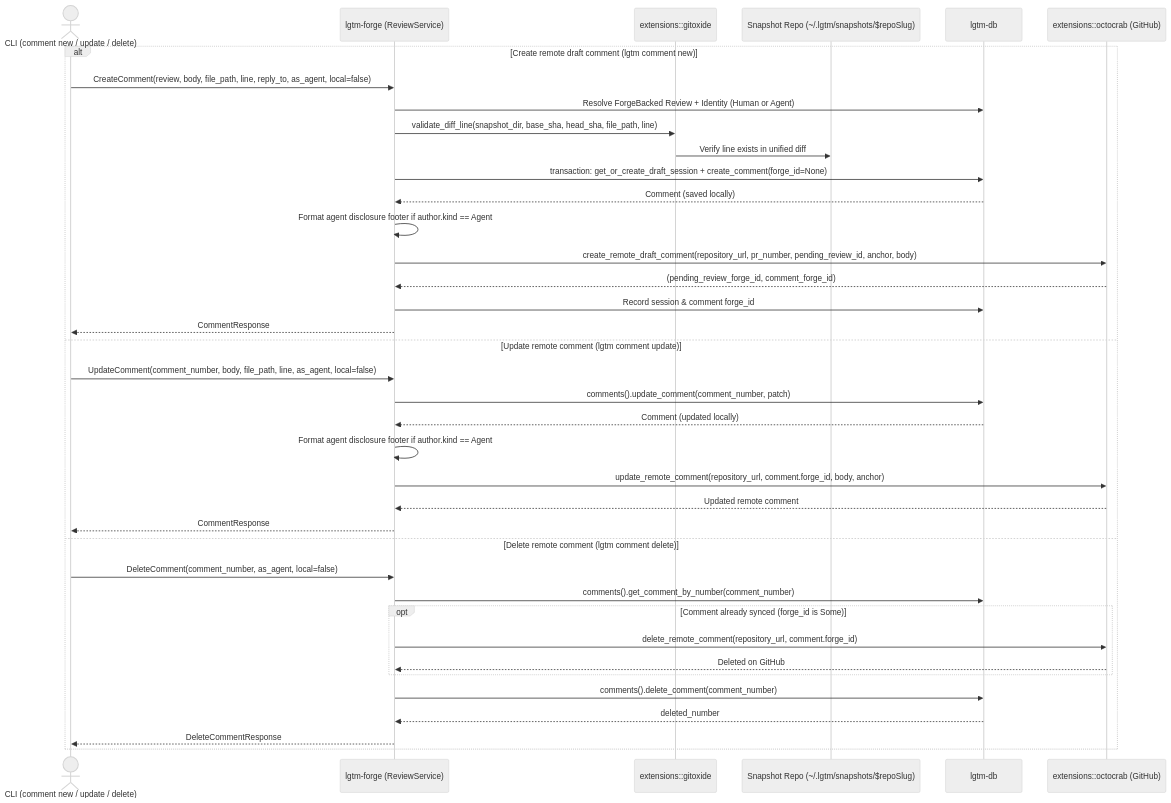
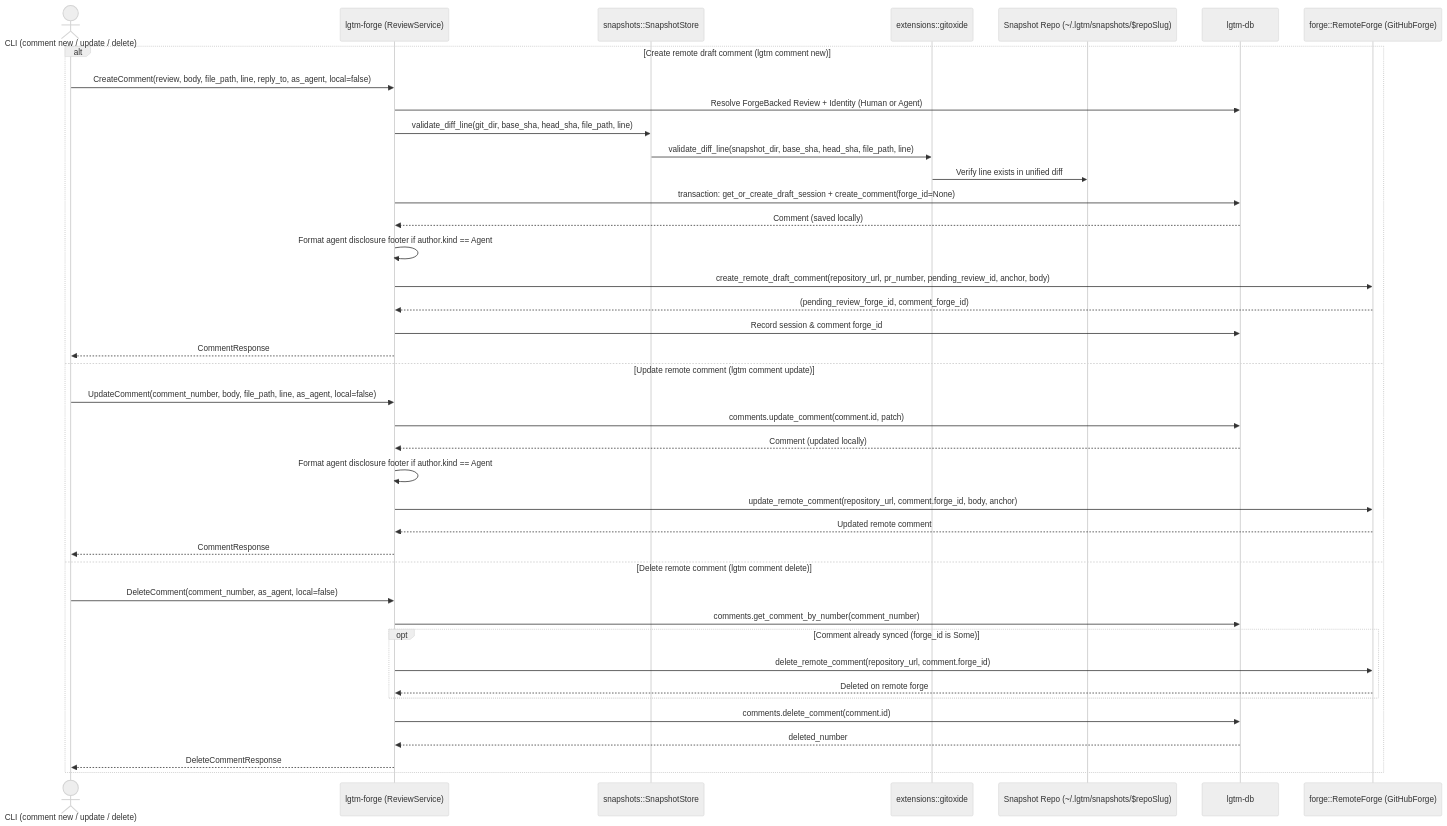
Before and after one commit to difflab-io/lgtm: the ninth of 11 diagrams in docs/architecture/forge/index.md, drawn with Mermaid (neutral theme). The commit also changed other lines of this file and 20 other files, not shown here.

Commit message:
chore: rename backend doc and e2e dirs to forge and add git util TODOs

````diff
--- a/docs/architecture/forge/index.md
+++ b/docs/architecture/forge/index.md
@@ -460,41 +481,43 @@
 ```mermaid
 sequenceDiagram
     actor Caller as CLI (comment new / update / delete)
-    participant Forge as lgtm-forge (ReviewService)
+    participant Service as lgtm-forge (ReviewService)
+    participant SnapStore as snapshots::SnapshotStore
     participant Gix as extensions::gitoxide
     participant Snapshot as Snapshot Repo (~/.lgtm/snapshots/$repoSlug)
     participant DB as lgtm-db
-    participant Octo as extensions::octocrab (GitHub)
+    participant Remote as forge::RemoteForge (GitHubForge)
 
     alt Create remote draft comment (lgtm comment new)
-        Caller->>Forge: CreateComment(review, body, file_path, line, reply_to, as_agent, local=false)
-        Forge->>DB: Resolve ForgeBacked Review + Identity (Human or Agent)
-        Forge->>Gix: validate_diff_line(snapshot_dir, base_sha, head_sha, file_path, line)
+        Caller->>Service: CreateComment(review, body, file_path, line, reply_to, as_agent, local=false)
+        Service->>DB: Resolve ForgeBacked Review + Identity (Human or Agent)
+        Service->>SnapStore: validate_diff_line(git_dir, base_sha, head_sha, file_path, line)
+        SnapStore->>Gix: validate_diff_line(snapshot_dir, base_sha, head_sha, file_path, line)
         Gix->>Snapshot: Verify line exists in unified diff
-        Forge->>DB: transaction: get_or_create_draft_session + create_comment(forge_id=None)
-        DB-->>Forge: Comment (saved locally)
-        Forge->>Forge: Format agent disclosure footer if author.kind == Agent
-        Forge->>Octo: create_remote_draft_comment(repository_url, pr_number, pending_review_id, anchor, body)
-        Octo-->>Forge: (pending_review_forge_id, comment_forge_id)
-        Forge->>DB: Record session & comment forge_id
-        Forge-->>Caller: CommentResponse
+        Service->>DB: transaction: get_or_create_draft_session + create_comment(forge_id=None)
+        DB-->>Service: Comment (saved locally)
+        Service->>Service: Format agent disclosure footer if author.kind == Agent
+        Service->>Remote: create_remote_draft_comment(repository_url, pr_number, pending_review_id, anchor, body)
+        Remote-->>Service: (pending_review_forge_id, comment_forge_id)
+        Service->>DB: Record session & comment forge_id
+        Service-->>Caller: CommentResponse
     else Update remote comment (lgtm comment update)
-        Caller->>Forge: UpdateComment(comment_number, body, file_path, line, as_agent, local=false)
-        Forge->>DB: comments().update_comment(comment_number, patch)
-        DB-->>Forge: Comment (updated locally)
-        Forge->>Forge: Format agent disclosure footer if author.kind == Agent
-        Forge->>Octo: update_remote_comment(repository_url, comment.forge_id, body, anchor)
-        Octo-->>Forge: Updated remote comment
-        Forge-->>Caller: CommentResponse
+        Caller->>Service: UpdateComment(comment_number, body, file_path, line, as_agent, local=false)
+        Service->>DB: comments.update_comment(comment.id, patch)
+        DB-->>Service: Comment (updated locally)
+        Service->>Service: Format agent disclosure footer if author.kind == Agent
+        Service->>Remote: update_remote_comment(repository_url, comment.forge_id, body, anchor)
+        Remote-->>Service: Updated remote comment
+        Service-->>Caller: CommentResponse
     else Delete remote comment (lgtm comment delete)
-        Caller->>Forge: DeleteComment(comment_number, as_agent, local=false)
-        Forge->>DB: comments().get_comment_by_number(comment_number)
+        Caller->>Service: DeleteComment(comment_number, as_agent, local=false)
+        Service->>DB: comments.get_comment_by_number(comment_number)
         opt Comment already synced (forge_id is Some)
-            Forge->>Octo: delete_remote_comment(repository_url, comment.forge_id)
-            Octo-->>Forge: Deleted on GitHub
+            Service->>Remote: delete_remote_comment(repository_url, comment.forge_id)
+            Remote-->>Service: Deleted on remote forge
         end
-        Forge->>DB: comments().delete_comment(comment_number)
-        DB-->>Forge: deleted_number
-        Forge-->>Caller: DeleteCommentResponse
+        Service->>DB: comments.delete_comment(comment.id)
+        DB-->>Service: deleted_number
+        Service-->>Caller: DeleteCommentResponse
     end
 ```
````
